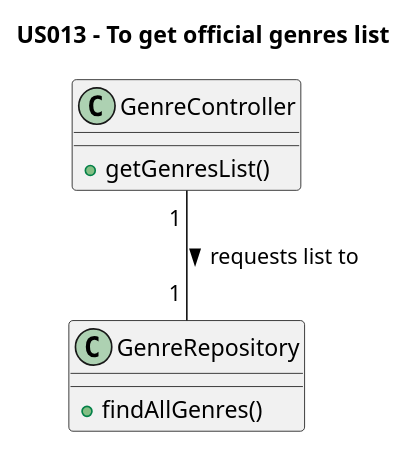
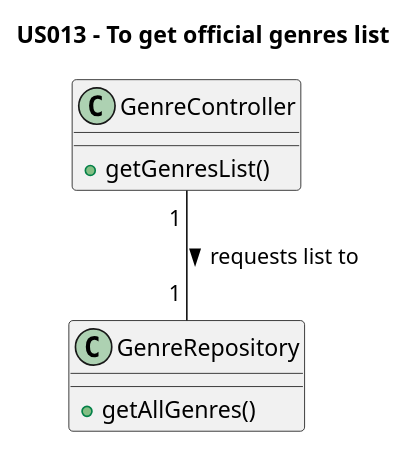
One commit to AndrePereiraGitH/SWitCH-Project-Team_A changed the diagram in Diagrams/ClassDiagrams/US013-to-get-official-genres-list.puml. Above: the diagram before and after it, drawn with PlantUML. The commit also changed 6 other files, not shown here.

Commit message:
US016 + US013 - Class Diagram and SD N1 + SD N2 #35 #38 @Marrike

```diff
--- a/Diagrams/ClassDiagrams/US013-to-get-official-genres-list.puml
+++ b/Diagrams/ClassDiagrams/US013-to-get-official-genres-list.puml
@@ -1,16 +1,16 @@
 @startuml
 title US013 - To get official genres list
 
 class GenreController {
   +getGenresList()
 }
 
 class GenreRepository {
-  +findAllGenres()
+  +getAllGenres()
 }
 
 ' Interactions
 
 GenreController "1 " -- "1 " GenreRepository : requests list to >
 
 @enduml
```
